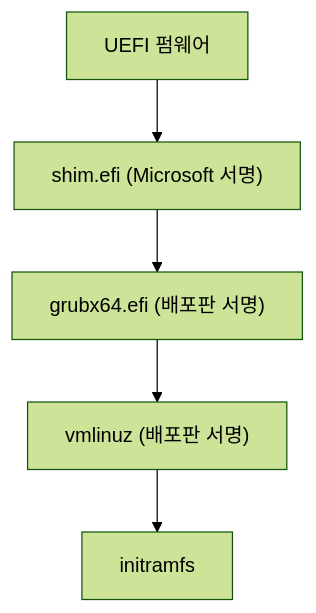
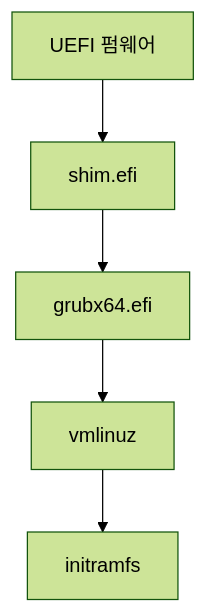
The third of 6 diagrams in content/linux/boot-init/boot-process.md (moonblueblue/devops-wiki), drawn with Mermaid (forest theme) before and after one commit. The commit also changed other lines of this file and 1 other file, not shown here.

First line of the commit message:
style: boot-init 섹션 Mermaid 노드 라벨 규칙 적용

````diff
--- a/content/linux/boot-init/boot-process.md
+++ b/content/linux/boot-init/boot-process.md
@@ -161,10 +161,10 @@
 ```mermaid
 graph TD
     A[UEFI 펌웨어]
-    B["shim.efi (Microsoft 서명)"]
-    C["grubx64.efi (배포판 서명)"]
-    D["vmlinuz (배포판 서명)"]
+    B[shim.efi]
+    C[grubx64.efi]
+    D[vmlinuz]
     E[initramfs]
 
     A --> B --> C --> D --> E
 ```
````
